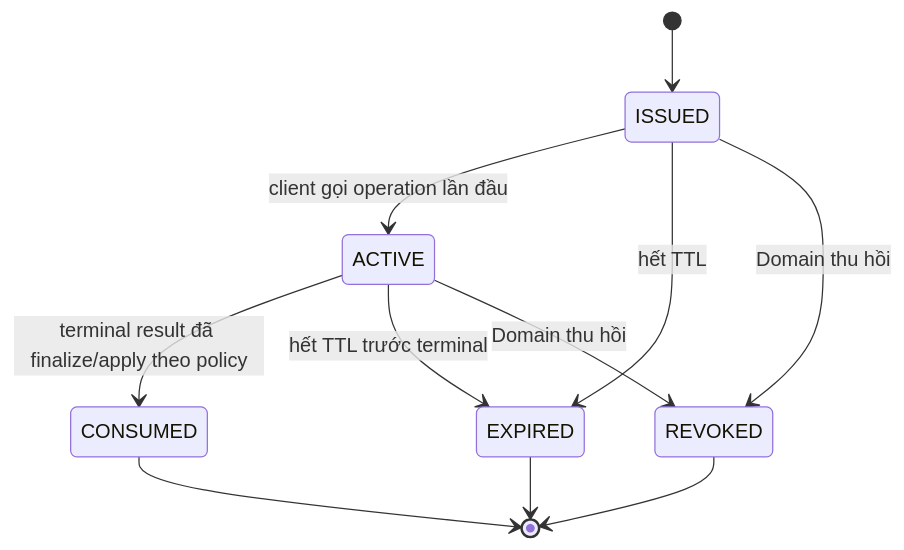
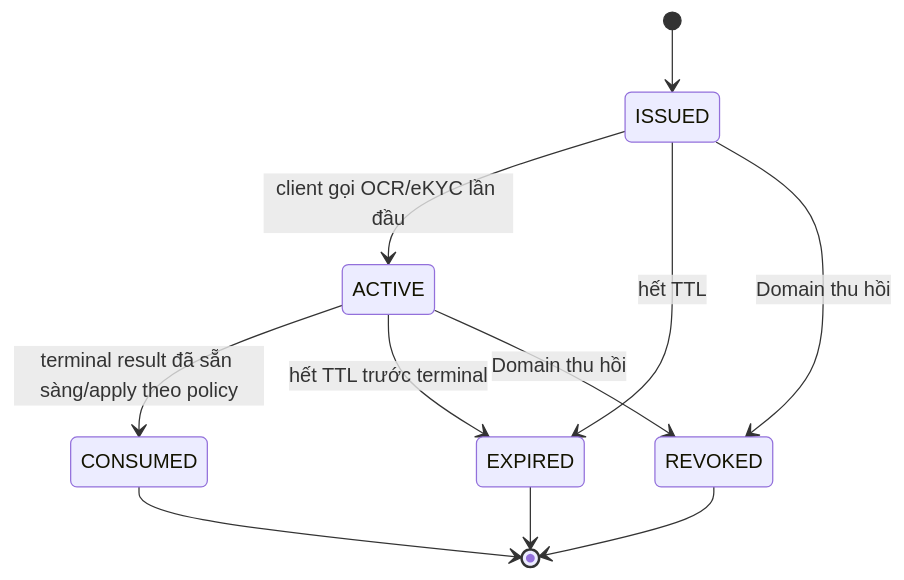
The fifth of 6 diagrams in tdd-ocr-ekyc-delegated-client-flow.md (huynv-xyz/vhm), drawn with Mermaid before and after one commit. The commit also changed other lines of this file, not shown here.

````diff
--- a/tdd-ocr-ekyc-delegated-client-flow.md
+++ b/tdd-ocr-ekyc-delegated-client-flow.md
@@ -579,13 +578,13 @@
 ```mermaid
 stateDiagram-v2
     [*] --> ISSUED
-    ISSUED --> ACTIVE: client gọi operation lần đầu
-    ACTIVE --> CONSUMED: terminal result đã finalize/apply theo policy
+    ISSUED --> ACTIVE: client gọi OCR/eKYC lần đầu
+    ACTIVE --> CONSUMED: terminal result đã sẵn sàng/apply theo policy
     ISSUED --> EXPIRED: hết TTL
     ACTIVE --> EXPIRED: hết TTL trước terminal
     ISSUED --> REVOKED: Domain thu hồi
     ACTIVE --> REVOKED: Domain thu hồi
     CONSUMED --> [*]
     EXPIRED --> [*]
     REVOKED --> [*]
 ```
````
